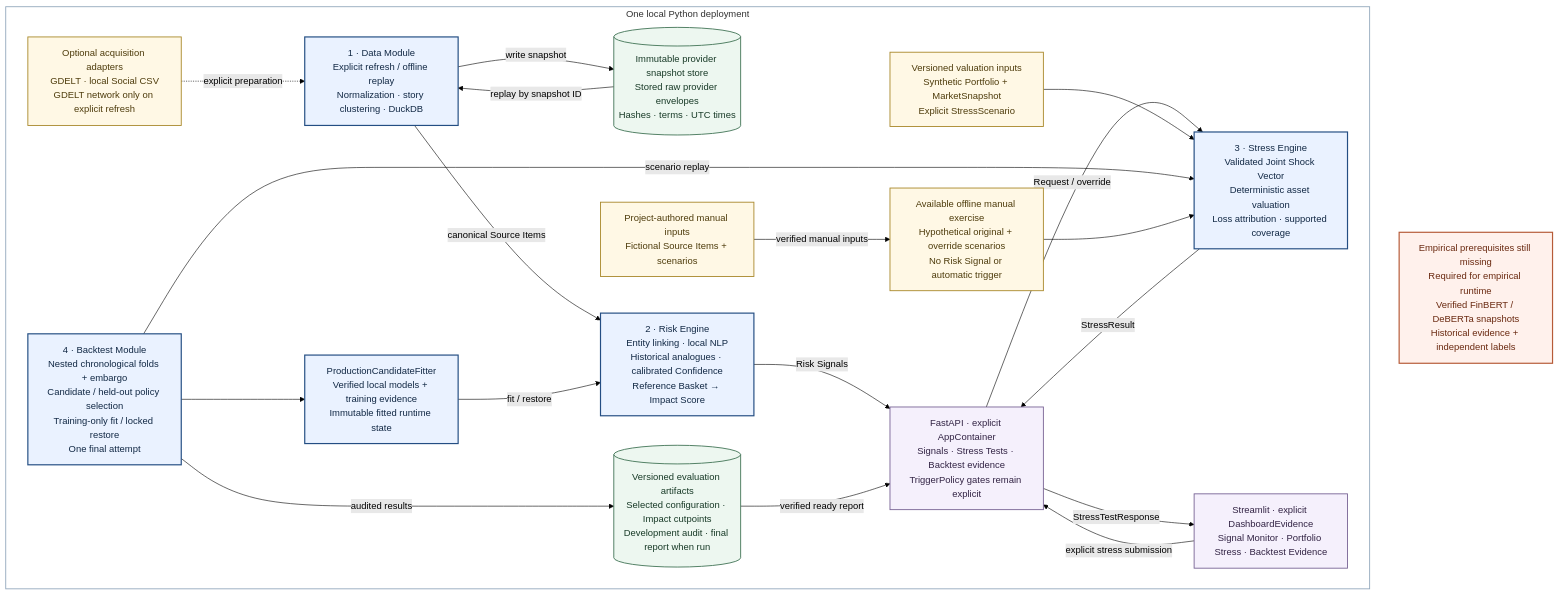
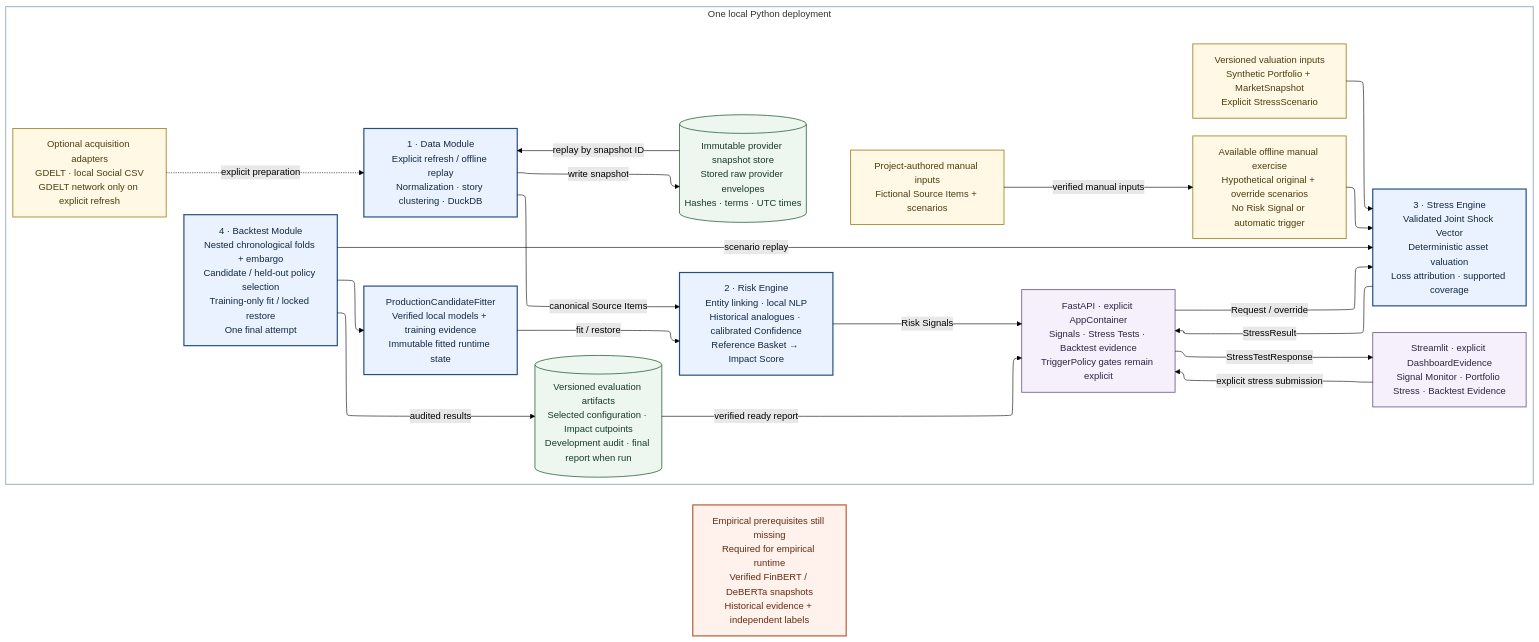
One commit to h4rshupadhyay/mit-manipal-harsh-upadhyay-hackathon changed the diagram in docs/architecture.mmd. Above: the diagram before and after it, drawn with Mermaid (forest theme). The commit also changed 2 other files, not shown here.

Commit message:
docs: fix stress request routing in architecture diagram

```diff
--- a/docs/architecture.mmd
+++ b/docs/architecture.mmd
@@ -1,53 +1,54 @@
-%% Artifact: financial-risk-architecture-v2; project-authored, MIT.
+%% Artifact: financial-risk-architecture-v3; project-authored, MIT.
 %% Authored 2026-10-10; implementation baseline 6b87238 plus Tasks34–38.
-%% Render: Mermaid CLI11.12.0, Chrome headless, white background, scale2.
+%% Render: Mermaid CLI11.12.0 with ELK layout, Chrome headless, white background, scale2.
 %% Optional portable render (requires Chrome): npx --yes --package @mermaid-js/mermaid-cli@11.12.0 mmdc -i docs/architecture.mmd -o docs/architecture.png -w 2000 -s 2 -b white
 %% Source is an architecture description, not empirical runtime evidence.
-flowchart TB
+%%{init: {"layout": "elk"}}%%
+flowchart LR
   subgraph local["One local Python deployment"]
     providers["Optional acquisition adapters<br/>GDELT · local Social CSV<br/>GDELT network only on explicit refresh"]
     data["1 · Data Module<br/>Explicit refresh / offline replay<br/>Normalization · story clustering · DuckDB"]
     snapshot[("Immutable provider snapshot store<br/>Stored raw provider envelopes<br/>Hashes · terms · UTC times")]
     risk["2 · Risk Engine<br/>Entity linking · local NLP<br/>Historical analogues · calibrated Confidence<br/>Reference Basket → Impact Score"]
     stress["3 · Stress Engine<br/>Validated Joint Shock Vector<br/>Deterministic asset valuation<br/>Loss attribution · supported coverage"]
-  inputs["Versioned valuation inputs<br/>Synthetic Portfolio + MarketSnapshot<br/>Explicit StressScenario"]
+    inputs["Versioned valuation inputs<br/>Synthetic Portfolio + MarketSnapshot<br/>Explicit StressScenario"]
     backtest["4 · Backtest Module<br/>Nested chronological folds + embargo<br/>Candidate / held-out policy selection<br/>Training-only fit / locked restore<br/>One final attempt"]
     runtime["ProductionCandidateFitter<br/>Verified local models + training evidence<br/>Immutable fitted runtime state"]
     api["FastAPI · explicit AppContainer<br/>Signals · Stress Tests · Backtest evidence<br/>TriggerPolicy gates remain explicit"]
-  artifacts[("Versioned evaluation artifacts<br/>Selected configuration · Impact cutpoints<br/>Development audit · final report when run")]
-  dashboard["Streamlit · explicit DashboardEvidence<br/>Signal Monitor · Portfolio Stress · Backtest Evidence"]
-  manual_inputs["Project-authored manual inputs<br/>Fictional Source Items + scenarios"]
-  manual["Available offline manual exercise<br/>Hypothetical original + override scenarios<br/>No Risk Signal or automatic trigger"]
+    artifacts[("Versioned evaluation artifacts<br/>Selected configuration · Impact cutpoints<br/>Development audit · final report when run")]
+    dashboard["Streamlit · explicit DashboardEvidence<br/>Signal Monitor · Portfolio Stress · Backtest Evidence"]
+    manual_inputs["Project-authored manual inputs<br/>Fictional Source Items + scenarios"]
+    manual["Available offline manual exercise<br/>Hypothetical original + override scenarios<br/>No Risk Signal or automatic trigger"]
   end
 
   evidence["Empirical prerequisites still missing<br/>Required for empirical runtime<br/>Verified FinBERT / DeBERTa snapshots<br/>Historical evidence + independent labels"]
 
   providers -. "explicit preparation" .-> data
   data -->|"write snapshot"| snapshot
   snapshot -->|"replay by snapshot ID"| data
   data -->|"canonical Source Items"| risk
   runtime -->|"fit / restore"| risk
   risk -->|"Risk Signals"| api
   api -->|"Request / override"| stress
   inputs --> stress
   stress -->|"StressResult"| api
   dashboard -->|"explicit stress submission"| api
   api -->|"StressTestResponse"| dashboard
   backtest --> runtime
   backtest -->|"scenario replay"| stress
   backtest -->|"audited results"| artifacts
   artifacts -->|"verified ready report"| api
   manual --> stress
   manual_inputs -->|"verified manual inputs"| manual
 
   classDef module fill:#eaf2ff,stroke:#244e83,color:#122945,stroke-width:2px;
   classDef storage fill:#edf7f0,stroke:#407354,color:#183a27,stroke-width:1.5px;
   classDef interface fill:#f5f0fc,stroke:#776294,color:#322344,stroke-width:1.5px;
   classDef missing fill:#fff1ec,stroke:#b65b38,color:#6a2910,stroke-width:2px;
   classDef available fill:#fff8e5,stroke:#a88729,color:#4e3c0c,stroke-width:1.5px;
   class data,risk,stress,backtest,runtime module;
   class snapshot,artifacts storage;
   class api,dashboard interface;
   class evidence missing;
   class providers,inputs,manual_inputs,manual available;
   style local fill:#ffffff,stroke:#93a8bc,stroke-width:1.5px
```
